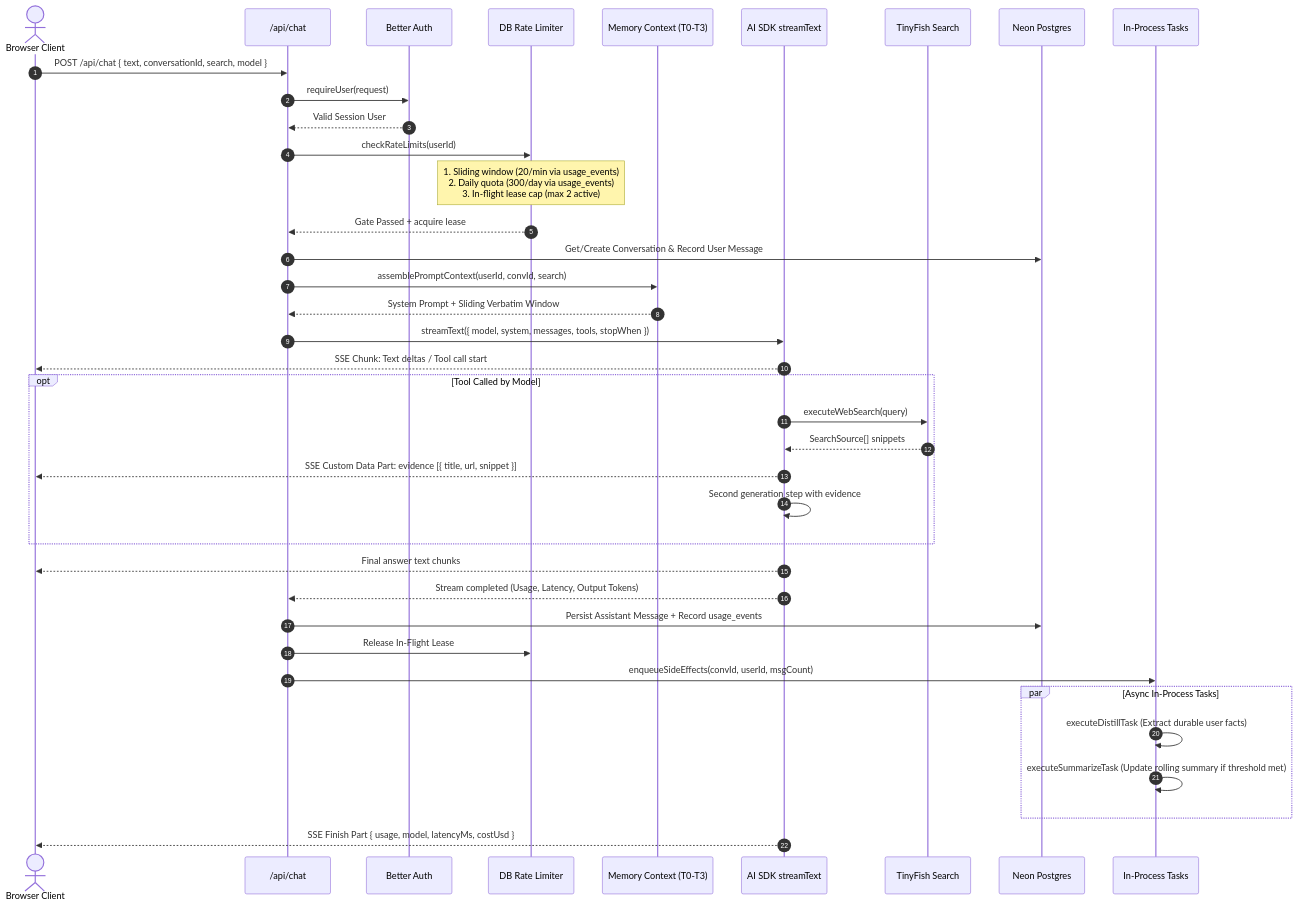
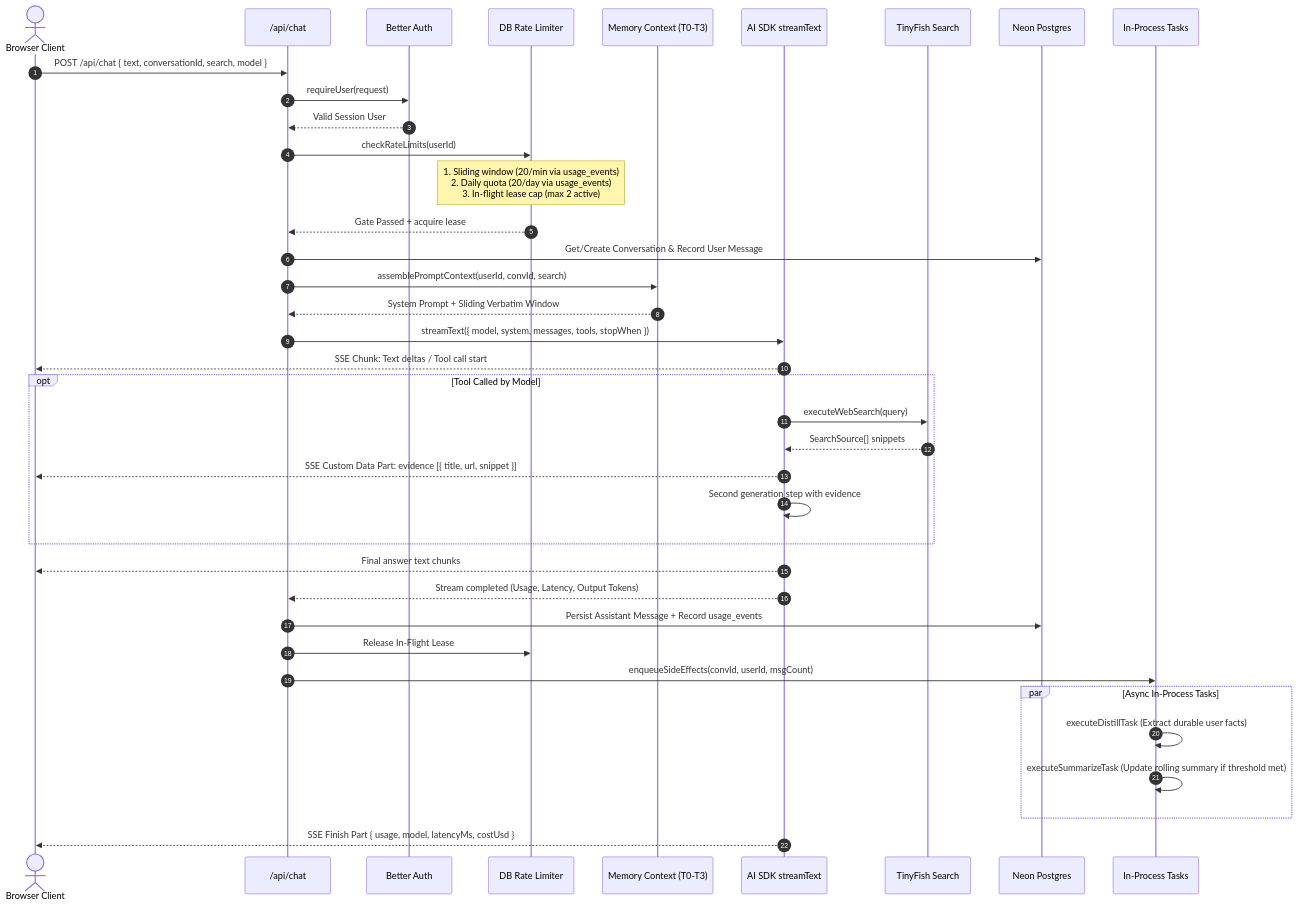
The second of 4 diagrams in DESIGN.md (heysagnik/lyra), drawn with Mermaid before and after one commit. The commit also changed other lines of this file and 24 other files, not shown here.

````diff
--- a/DESIGN.md
+++ b/DESIGN.md
@@ -116,49 +116,49 @@
 ```mermaid
 sequenceDiagram
     autonumber
     actor User as Browser Client
     participant API as /api/chat
     participant Auth as Better Auth
     participant Rate as DB Rate Limiter
     participant Mem as Memory Context (T0-T3)
     participant SDK as AI SDK streamText
     participant Tool as TinyFish Search
     participant DB as Neon Postgres
     participant BG as In-Process Tasks
 
     User->>API: POST /api/chat { text, conversationId, search, model }
     API->>Auth: requireUser(request)
     Auth-->>API: Valid Session User
 
     API->>Rate: checkRateLimits(userId)
-    Note over Rate: 1. Sliding window (20/min via usage_events)<br/>2. Daily quota (300/day via usage_events)<br/>3. In-flight lease cap (max 2 active)
+    Note over Rate: 1. Sliding window (20/min via usage_events)<br/>2. Daily quota (20/day via usage_events)<br/>3. In-flight lease cap (max 2 active)
     Rate-->>API: Gate Passed + acquire lease
 
     API->>DB: Get/Create Conversation & Record User Message
     API->>Mem: assemblePromptContext(userId, convId, search)
     Mem-->>API: System Prompt + Sliding Verbatim Window
 
     API->>SDK: streamText({ model, system, messages, tools, stopWhen })
     SDK-->>User: SSE Chunk: Text deltas / Tool call start
 
     opt Tool Called by Model
         SDK->>Tool: executeWebSearch(query)
         Tool-->>SDK: SearchSource[] snippets
         SDK-->>User: SSE Custom Data Part: evidence [{ title, url, snippet }]
         SDK->>SDK: Second generation step with evidence
     end
 
     SDK-->>User: Final answer text chunks
     SDK-->>API: Stream completed (Usage, Latency, Output Tokens)
     
     API->>DB: Persist Assistant Message + Record usage_events
     API->>Rate: Release In-Flight Lease
     API->>BG: enqueueSideEffects(convId, userId, msgCount)
     
     par Async In-Process Tasks
         BG->>BG: executeDistillTask (Extract durable user facts)
         BG->>BG: executeSummarizeTask (Update rolling summary if threshold met)
     end
 
     SDK-->>User: SSE Finish Part { usage, model, latencyMs, costUsd }
 ```
````
